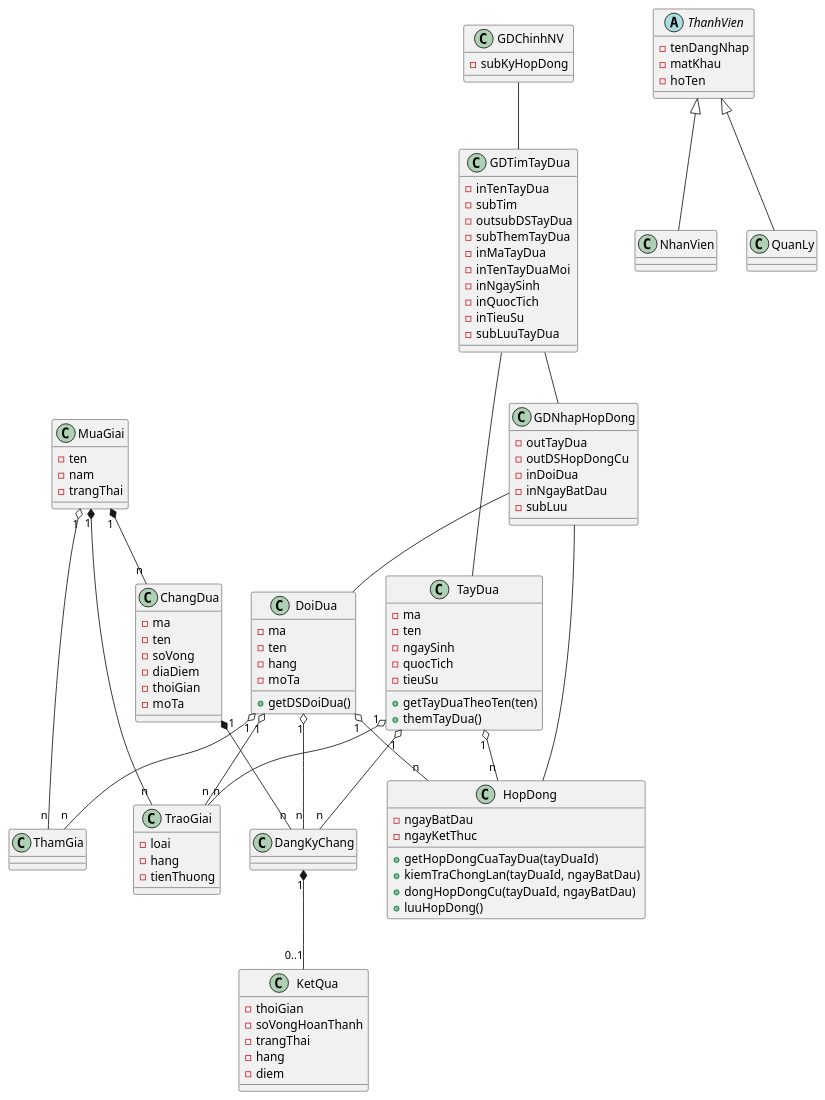
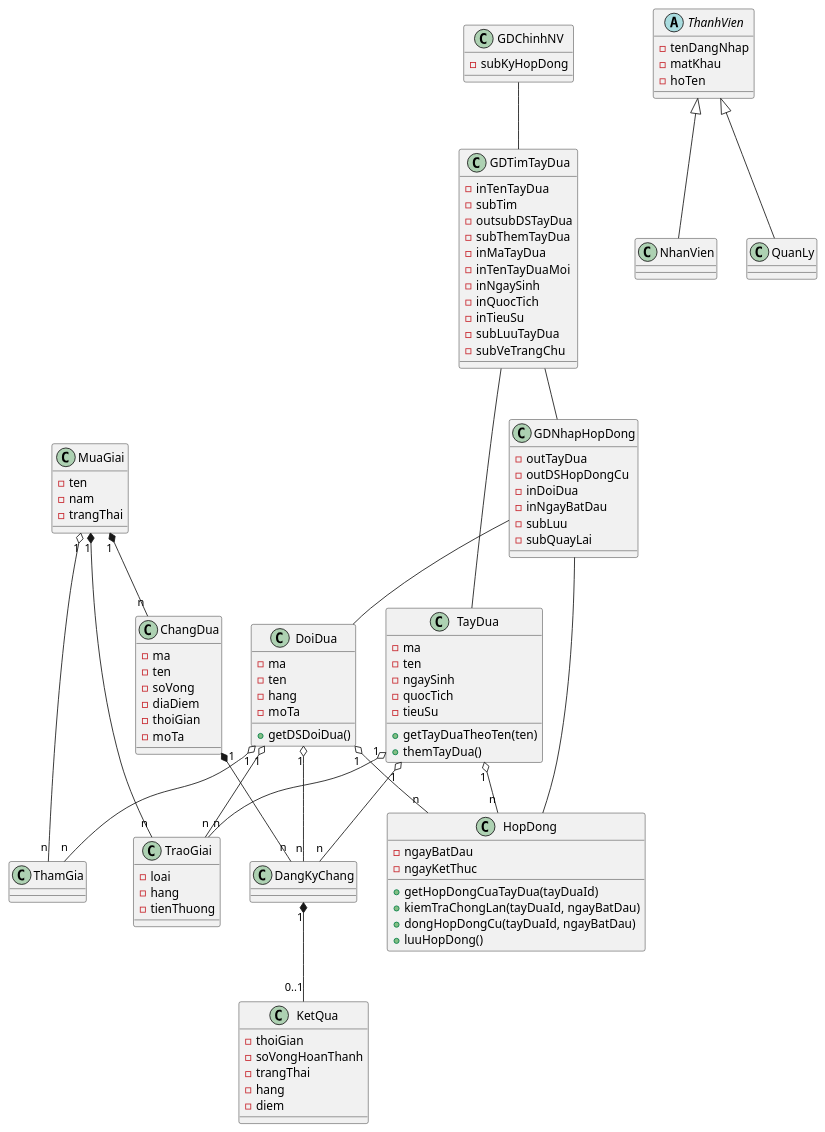
Before and after one commit to 7gho/CNPM-He2026: the third of 6 diagrams in Module 1 - Quan/noi-dung.md, drawn with PlantUML. The commit also changed other lines of this file and 15 other files, not shown here.

```diff
--- a/Module 1 - Quan/noi-dung.md
+++ b/Module 1 - Quan/noi-dung.md
@@ -230,6 +234,7 @@
   -inQuocTich
   -inTieuSu
   -subLuuTayDua
+  -subVeTrangChu
 }
 class GDNhapHopDong {
   -outTayDua
@@ -237,6 +242,7 @@
   -inDoiDua
   -inNgayBatDau
   -subLuu
+  -subQuayLai
 }
 
 class MuaGiai {
```
